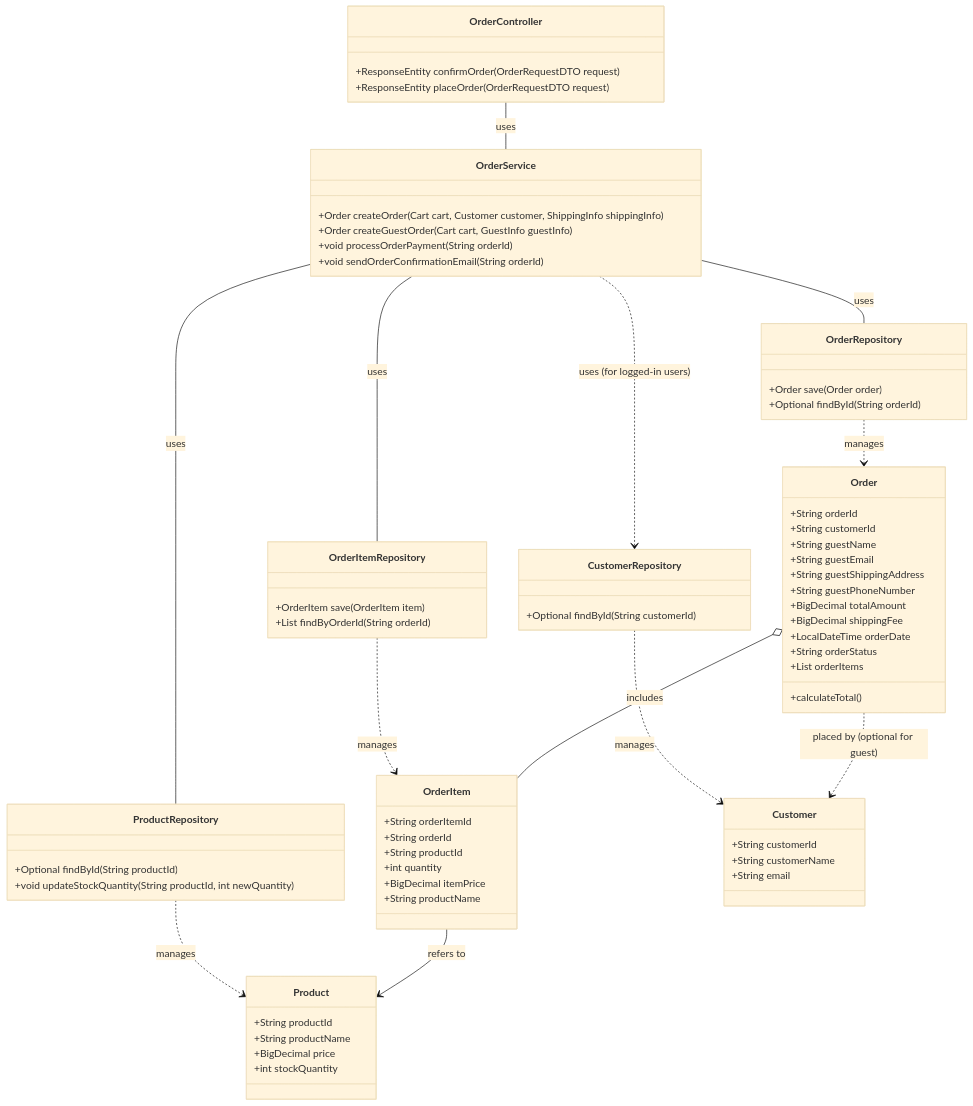
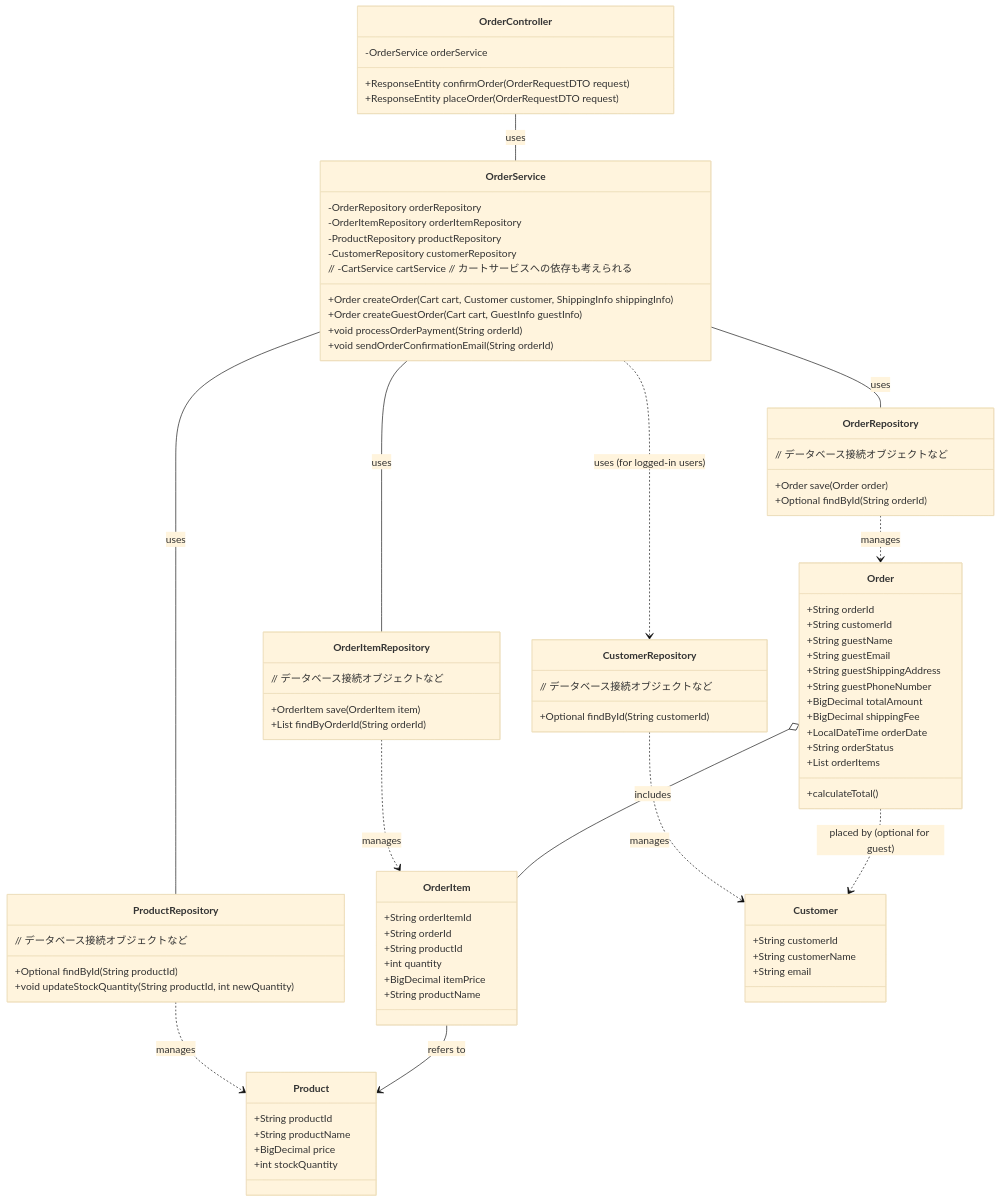
One commit to ainaga09/ACE changed the second of 4 diagrams in 基本設計/はじめに.md. Above: the diagram before and after it, drawn with Mermaid (base theme). The commit also changed other lines of this file, not shown here.

```diff
--- a/基本設計/はじめに.md
+++ b/基本設計/はじめに.md
@@ -86,28 +99,38 @@
     Order ..> Customer : placed by (optional for guest)
 
     class OrderController {
+        -OrderService orderService
         +ResponseEntity<OrderConfirmationDTO> confirmOrder(OrderRequestDTO request)
         +ResponseEntity<OrderCompletionDTO> placeOrder(OrderRequestDTO request)
     }
     class OrderService {
+        -OrderRepository orderRepository
+        -OrderItemRepository orderItemRepository
+        -ProductRepository productRepository
+        -CustomerRepository customerRepository
+        // -CartService cartService // カートサービスへの依存も考えられる
         +Order createOrder(Cart cart, Customer customer, ShippingInfo shippingInfo)
         +Order createGuestOrder(Cart cart, GuestInfo guestInfo)
         +void processOrderPayment(String orderId)
         +void sendOrderConfirmationEmail(String orderId)
     }
     class OrderRepository {
+        // データベース接続オブジェクトなど
         +Order save(Order order)
         +Optional<Order> findById(String orderId)
     }
     class OrderItemRepository {
+        // データベース接続オブジェクトなど
         +OrderItem save(OrderItem item)
         +List<OrderItem> findByOrderId(String orderId)
     }
     class ProductRepository {
+        // データベース接続オブジェクトなど
         +Optional<Product> findById(String productId)
         +void updateStockQuantity(String productId, int newQuantity)
     }
     class CustomerRepository {
+        // データベース接続オブジェクトなど
         +Optional<Customer> findById(String customerId)
     }
     class Order {
@@ -130,7 +153,7 @@
         +String productId
         +int quantity
         +BigDecimal itemPrice
-        +String productName 
+        +String productName
     }
     class Product {
         +String productId
```
